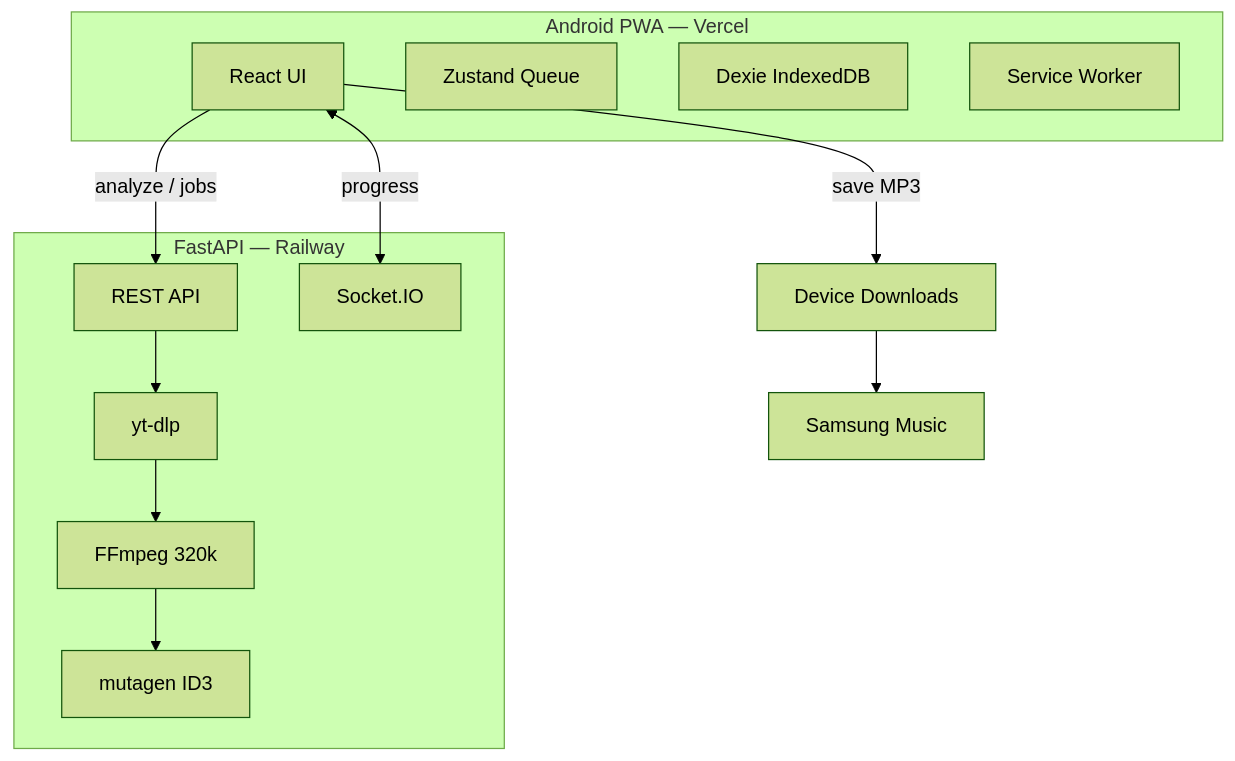
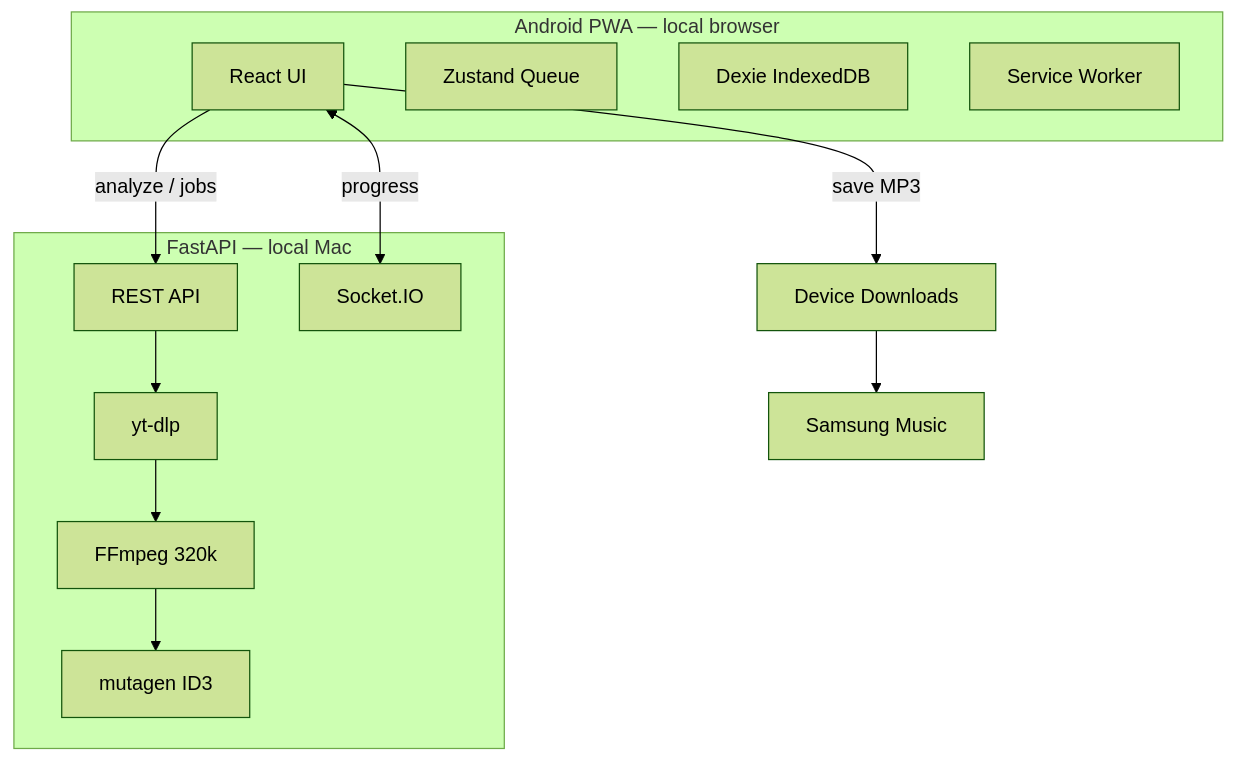
The diagram in SUBMISSION.md (dagim-dev/musicWeb), drawn with Mermaid (forest theme) before and after one commit. The commit also changed other lines of this file and 8 other files, not shown here.

````diff
--- a/SUBMISSION.md
+++ b/SUBMISSION.md
@@ -34,23 +34,23 @@
 ```mermaid
 flowchart TB
-    subgraph client [Android PWA — Vercel]
+    subgraph client [Android PWA — local browser]
         UI[React UI]
         Zustand[Zustand Queue]
         Dexie[Dexie IndexedDB]
         SW[Service Worker]
     end
 
-    subgraph server [FastAPI — Railway]
+    subgraph server [FastAPI — local Mac]
         API[REST API]
         SIO[Socket.IO]
         YTDLP[yt-dlp]
         FFMPEG[FFmpeg 320k]
         TAGS[mutagen ID3]
     end
 
     UI -->|analyze / jobs| API
     UI <-->|progress| SIO
     API --> YTDLP --> FFMPEG --> TAGS
     UI -->|save MP3| Downloads[Device Downloads]
     Downloads --> Samsung[Samsung Music]
 ```
````
